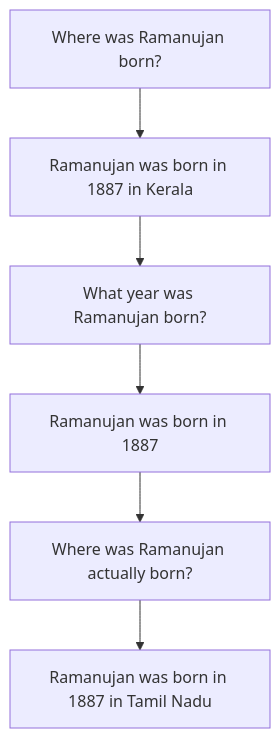
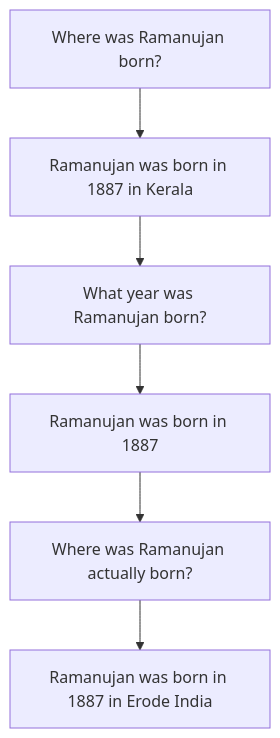
The fourth of 4 diagrams in 01-articles/chain_of_verification/README.md (raphaelmansuy/digital_palace), drawn with Mermaid before and after one commit. The commit also changed other lines of this file, not shown here.

````diff
--- a/01-articles/chain_of_verification/README.md
+++ b/01-articles/chain_of_verification/README.md
@@ -60,8 +64,8 @@
 ```mermaid
 graph TD
 A[Where was Ramanujan born?] --> B[Ramanujan was born in 1887 in Kerala]
 B --> C[What year was Ramanujan born?]
 C --> D[Ramanujan was born in 1887] 
 D --> E[Where was Ramanujan actually born?]
-E --> F[Ramanujan was born in 1887 in Tamil Nadu]
+E --> F[Ramanujan was born in 1887 in Erode India]
 ```
````
